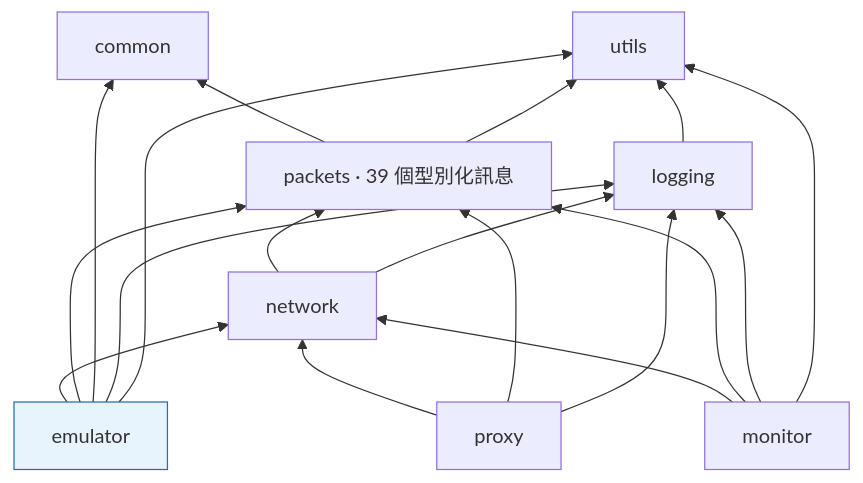
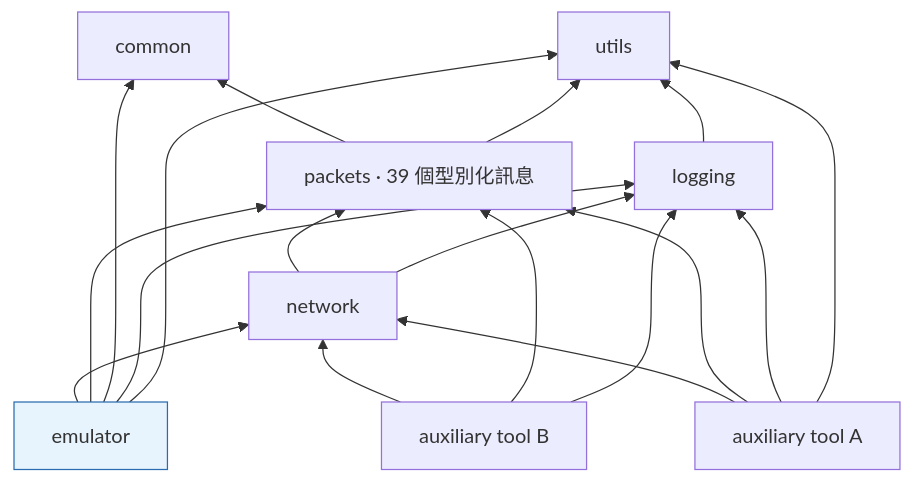
Before and after one commit to hawiliu/engineering-portfolio: the first of 2 diagrams in personal/04-server-emulator.zh-TW.md, drawn with Mermaid. The commit also changed other lines of this file and 19 other files, not shown here.

````diff
--- a/personal/04-server-emulator.zh-TW.md
+++ b/personal/04-server-emulator.zh-TW.md
@@ -53,13 +53,13 @@
 ```mermaid
 flowchart BT
     UTILS["utils"]; COMMON["common"]; LOG["logging"]
     PKT["packets · 39 個型別化訊息"]; NET["network"]
-    EMU["emulator"]; MON["monitor"]; PROXY["proxy"]
+    EMU["emulator"]; MON["auxiliary tool A"]; PROXY["auxiliary tool B"]
     LOG --> UTILS
     PKT --> COMMON & UTILS
     NET --> PKT & LOG
     EMU --> NET & PKT & COMMON & LOG & UTILS
     MON --> NET & PKT & LOG & UTILS
     PROXY --> NET & PKT & LOG
     style EMU fill:#e8f4fd,stroke:#2b6cb0
 ```
````
